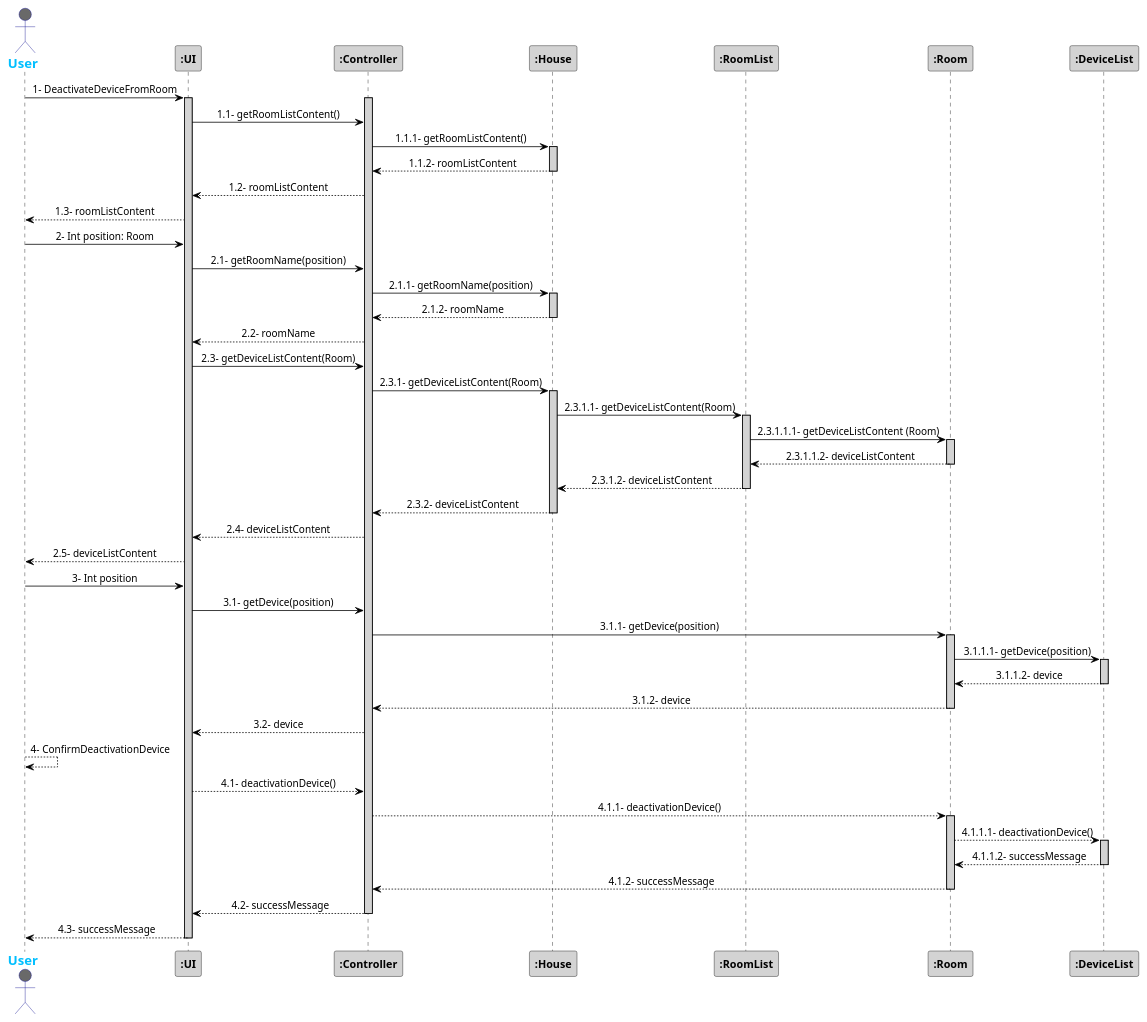
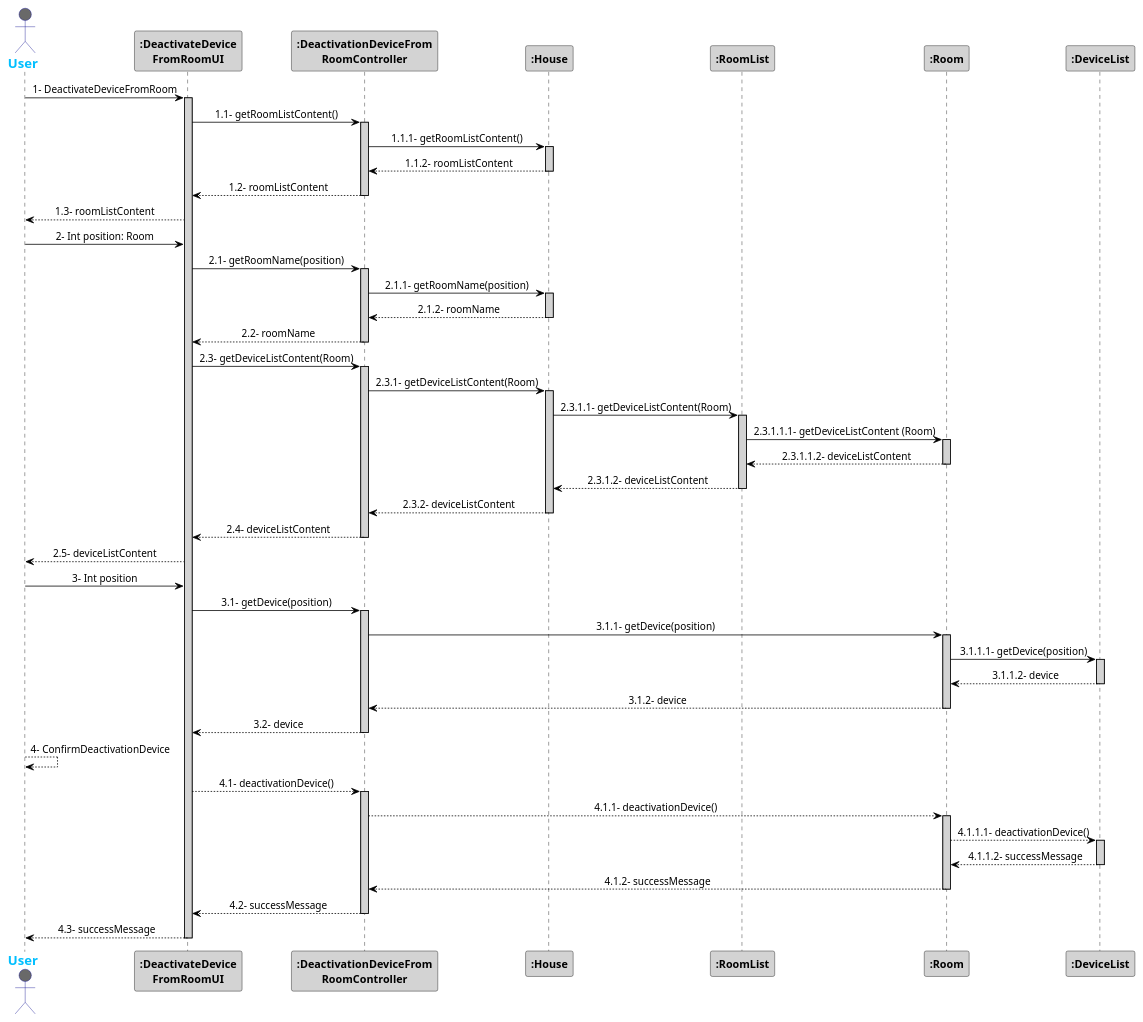
Before and after one commit to 1181687/hateoasToy: the diagram in src/Docs/Sprint3/DeactivateDeviceFromRoom.puml, drawn with PlantUML.

Commit message:
Changes on DeleteDeviceFromRoom sequence diagram

```diff
--- a/src/Docs/Sprint3/DeactivateDeviceFromRoom.puml
+++ b/src/Docs/Sprint3/DeactivateDeviceFromRoom.puml
@@ -1,86 +1,92 @@
 @startuml
 skinparam sequenceMessageAlign center
 skinparam sequence {
 	ArrowColor Black
 	ActorBorderColor DarkBlue
 	LifeLineBorderColor black
 	LifeLineBackgroundColor LightGrey
 
 	ParticipantBorderColor Black
 	ParticipantBackgroundColor LightGrey
 	ParticipantFontStyle Bold
 
 	ActorBackgroundColor DimGrey
 	ActorFontColor DeepSkyBlue
 	ActorFontStyle Bold
 	ActorFontSize 17
 	ActorFontName Aapex
 }
 
 actor User
-User -> ":UI": 1- DeactivateDeviceFromRoom
-activate ":UI"
-activate ":Controller"
-":UI" -> ":Controller": 1.1- getRoomListContent()
-":Controller" -> ":House": 1.1.1- getRoomListContent()
+User -> ":DeactivateDevice\nFromRoomUI": 1- DeactivateDeviceFromRoom
+activate ":DeactivateDevice\nFromRoomUI"
+":DeactivateDevice\nFromRoomUI" -> ":DeactivationDeviceFrom\nRoomController": 1.1- getRoomListContent()
+activate ":DeactivationDeviceFrom\nRoomController"
+":DeactivationDeviceFrom\nRoomController" -> ":House": 1.1.1- getRoomListContent()
 activate ":House"
 
-":Controller" <-- ":House": 1.1.2- roomListContent
+":DeactivationDeviceFrom\nRoomController" <-- ":House": 1.1.2- roomListContent
 deactivate ":House"
-":UI" <-- ":Controller": 1.2- roomListContent
-User <-- ":UI": 1.3- roomListContent
+":DeactivateDevice\nFromRoomUI" <-- ":DeactivationDeviceFrom\nRoomController": 1.2- roomListContent
+deactivate ":DeactivationDeviceFrom\nRoomController"
+User <-- ":DeactivateDevice\nFromRoomUI": 1.3- roomListContent
 
-User -> ":UI": 2- Int position: Room
-":UI" -> ":Controller": 2.1- getRoomName(position)
-":Controller" -> ":House": 2.1.1- getRoomName(position)
+User -> ":DeactivateDevice\nFromRoomUI": 2- Int position: Room
+":DeactivateDevice\nFromRoomUI" -> ":DeactivationDeviceFrom\nRoomController": 2.1- getRoomName(position)
+activate ":DeactivationDeviceFrom\nRoomController"
+":DeactivationDeviceFrom\nRoomController" -> ":House": 2.1.1- getRoomName(position)
 activate ":House"
-":Controller" <-- ":House": 2.1.2- roomName
+":DeactivationDeviceFrom\nRoomController" <-- ":House": 2.1.2- roomName
 deactivate ":House"
-":UI" <-- ":Controller": 2.2- roomName
+":DeactivateDevice\nFromRoomUI" <-- ":DeactivationDeviceFrom\nRoomController": 2.2- roomName
+deactivate ":DeactivationDeviceFrom\nRoomController"
 
-
-":UI" -> ":Controller": 2.3- getDeviceListContent(Room)
-":Controller" -> ":House": 2.3.1- getDeviceListContent(Room)
+":DeactivateDevice\nFromRoomUI" -> ":DeactivationDeviceFrom\nRoomController": 2.3- getDeviceListContent(Room)
+activate ":DeactivationDeviceFrom\nRoomController"
+":DeactivationDeviceFrom\nRoomController" -> ":House": 2.3.1- getDeviceListContent(Room)
 activate ":House"
 ":House" -> ":RoomList": 2.3.1.1- getDeviceListContent(Room)
 activate ":RoomList"
 ":RoomList" -> ":Room": 2.3.1.1.1- getDeviceListContent (Room)
 activate ":Room"
 ":RoomList" <-- ":Room": 2.3.1.1.2- deviceListContent
 deactivate ":Room"
 ":House" <-- ":RoomList":  2.3.1.2- deviceListContent
 deactivate ":RoomList"
-":Controller" <-- ":House": 2.3.2- deviceListContent
+":DeactivationDeviceFrom\nRoomController" <-- ":House": 2.3.2- deviceListContent
 deactivate ":House"
-":UI" <-- ":Controller": 2.4- deviceListContent
-User <-- ":UI": 2.5- deviceListContent
+":DeactivateDevice\nFromRoomUI" <-- ":DeactivationDeviceFrom\nRoomController": 2.4- deviceListContent
+deactivate ":DeactivationDeviceFrom\nRoomController"
+User <-- ":DeactivateDevice\nFromRoomUI": 2.5- deviceListContent
 
-User -> ":UI": 3- Int position
-":UI" -> ":Controller": 3.1- getDevice(position)
-":Controller" -> ":Room": 3.1.1- getDevice(position)
+User -> ":DeactivateDevice\nFromRoomUI": 3- Int position
+":DeactivateDevice\nFromRoomUI" -> ":DeactivationDeviceFrom\nRoomController": 3.1- getDevice(position)
+activate ":DeactivationDeviceFrom\nRoomController"
+":DeactivationDeviceFrom\nRoomController" -> ":Room": 3.1.1- getDevice(position)
 activate ":Room"
 ":Room" -> ":DeviceList": 3.1.1.1- getDevice(position)
 activate ":DeviceList"
 ":Room" <-- ":DeviceList": 3.1.1.2- device
 deactivate ":DeviceList"
-":Controller" <-- ":Room": 3.1.2- device
+":DeactivationDeviceFrom\nRoomController" <-- ":Room": 3.1.2- device
 deactivate ":Room"
-":UI" <-- ":Controller": 3.2- device
-
+":DeactivateDevice\nFromRoomUI" <-- ":DeactivationDeviceFrom\nRoomController": 3.2- device
+deactivate ":DeactivationDeviceFrom\nRoomController"
 
 User --> User: 4- ConfirmDeactivationDevice
-":UI" --> ":Controller": 4.1- deactivationDevice()
-":Controller" --> ":Room": 4.1.1- deactivationDevice()
+":DeactivateDevice\nFromRoomUI" --> ":DeactivationDeviceFrom\nRoomController": 4.1- deactivationDevice()
+activate ":DeactivationDeviceFrom\nRoomController"
+":DeactivationDeviceFrom\nRoomController" --> ":Room": 4.1.1- deactivationDevice()
 activate ":Room"
 ":Room" --> ":DeviceList": 4.1.1.1- deactivationDevice()
 activate ":DeviceList"
 ":Room" <-- ":DeviceList": 4.1.1.2- successMessage
 deactivate ":DeviceList"
-":Controller" <-- ":Room": 4.1.2- successMessage
+":DeactivationDeviceFrom\nRoomController" <-- ":Room": 4.1.2- successMessage
 deactivate ":Room"
-":UI" <-- ":Controller": 4.2- successMessage
-deactivate ":Controller"
-User <-- ":UI": 4.3- successMessage
-deactivate ":UI"
+":DeactivateDevice\nFromRoomUI" <-- ":DeactivationDeviceFrom\nRoomController": 4.2- successMessage
+deactivate ":DeactivationDeviceFrom\nRoomController"
+User <-- ":DeactivateDevice\nFromRoomUI": 4.3- successMessage
+deactivate ":DeactivateDevice\nFromRoomUI"
 
 @enduml
```
